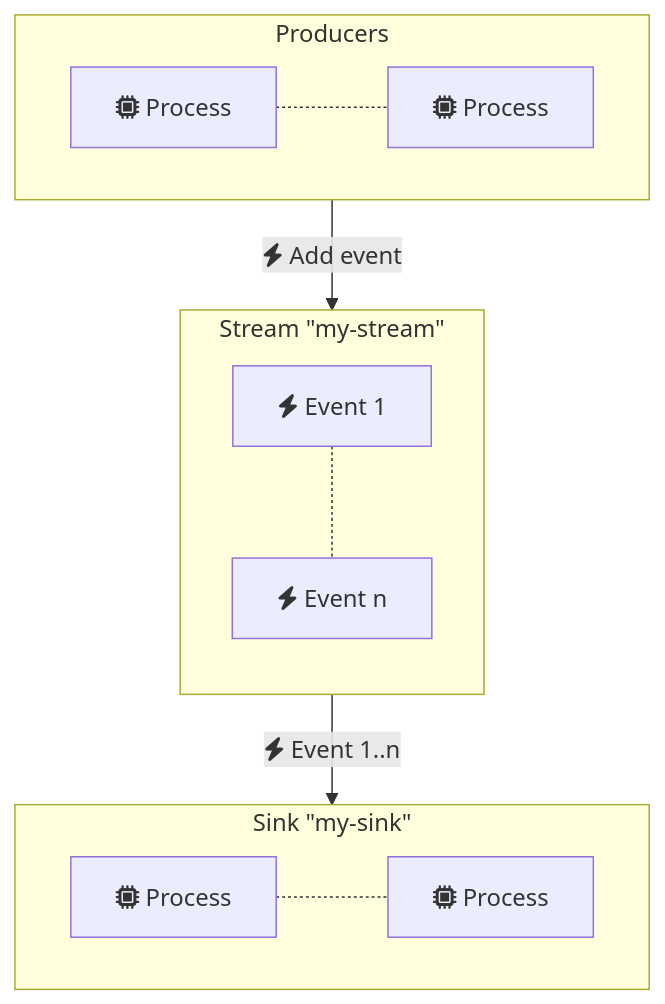
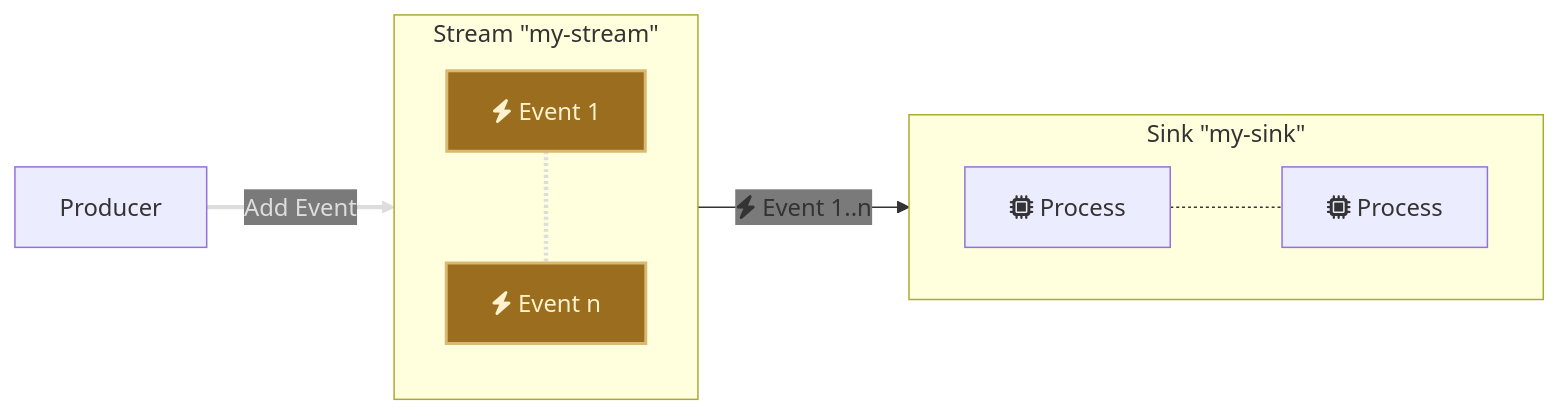
Before and after one commit to goadesign/pulse: the third of 6 diagrams in streaming/README.md, drawn with Mermaid. The commit also changed other lines of this file and 3 other files, not shown here.

````diff
--- a/streaming/README.md
+++ b/streaming/README.md
@@ -89,17 +103,23 @@
 ```mermaid
-flowchart TD
-    subgraph Producers
-        direction LR
-        H[fa:fa-microchip Process]-.-G[fa:fa-microchip Process]
-    end
-    Producers-->|fa:fa-bolt Add event|Stream
+%%{init: {'themeVariables': { 'edgeLabelBackground': '#7A7A7A'}}}%%
+flowchart LR
+    Producer-->|Add Event|Stream
     subgraph Stream ["Stream #quot;my-stream#quot;"]
         direction TB
         A[fa:fa-bolt Event 1]-.-B[fa:fa-bolt Event n]
     end
     subgraph Sink1 ["Sink #quot;my-sink#quot;"]
         direction LR
         C[fa:fa-microchip Process]-.-D[fa:fa-microchip Process]
     end
     Stream -->|fa:fa-bolt Event 1..n|Sink1
+
+    classDef userCode fill:#9A6D1F, stroke:#D9B871, stroke-width:2px, color:#FFF2CC;
+    classDef ponos fill:#25503C, stroke:#5E8E71, stroke-width:2px, color:#D6E9C6;
+
+    class A,B userCode;
+    class Map ponos;
+
+    linkStyle 0 stroke:#DDDDDD,color:#DDDDDD,stroke-width:3px;
+    linkStyle 1 stroke:#DDDDDD,color:#DDDDDD,stroke-width:3px;
 ```
````
